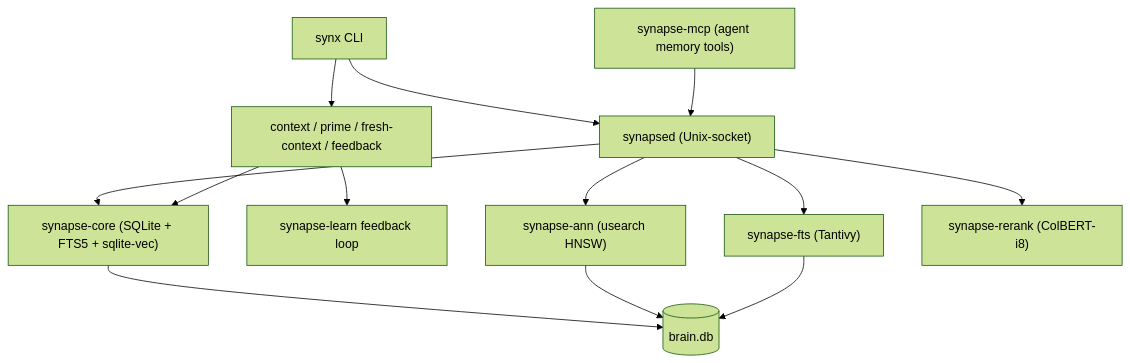
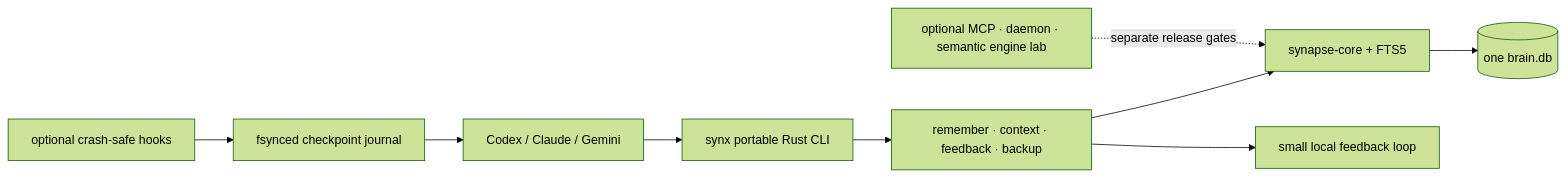
The diagram in README.md (Supersynergy/synapse-memory), drawn with Mermaid (forest theme) before and after one commit. The commit also changed other lines of this file and 67 other files, not shown here.

Commit message:
release: publish portable Synapse Memory RC

````diff
--- a/README.md
+++ b/README.md
@@ -98,15 +184,11 @@
 ```mermaid
-graph TD
-    CLI["synx CLI"] --> Daemon["synapsed (Unix-socket)"]
-    MCP["synapse-mcp (agent memory tools)"] --> Daemon
-    Daemon --> Core["synapse-core (SQLite + FTS5 + sqlite-vec)"]
-    CLI --> Context["context / prime / fresh-context / feedback"]
-    Context --> Core
-    Context --> Learn["synapse-learn feedback loop"]
-    Daemon --> Ann["synapse-ann (usearch HNSW)"]
-    Daemon --> Fts["synapse-fts (Tantivy)"]
-    Daemon --> Rerank["synapse-rerank (ColBERT-i8)"]
-    Core --> DB[(brain.db)]
-    Ann --> DB
-    Fts --> DB
+flowchart LR
+    Agent["Codex / Claude / Gemini"] --> CLI["synx portable Rust CLI"]
+    CLI --> Context["remember · context · feedback · backup"]
+    Context --> Core["synapse-core + FTS5"]
+    Context --> Learn["small local feedback loop"]
+    Core --> DB[("one brain.db")]
+    Hooks["optional crash-safe hooks"] --> Checkpoint["fsynced checkpoint journal"]
+    Checkpoint --> Agent
+    Lab["optional MCP · daemon · semantic engine lab"] -. separate release gates .-> Core
 ```
````
